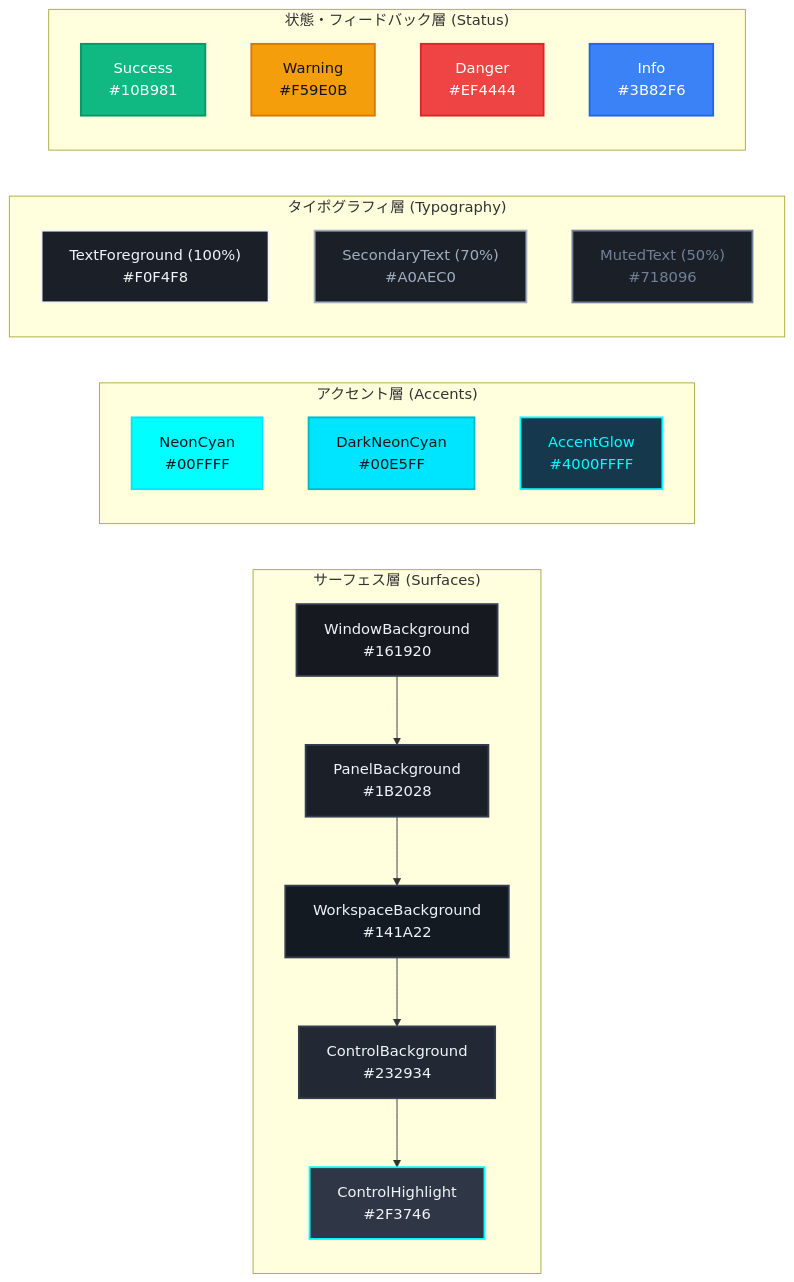
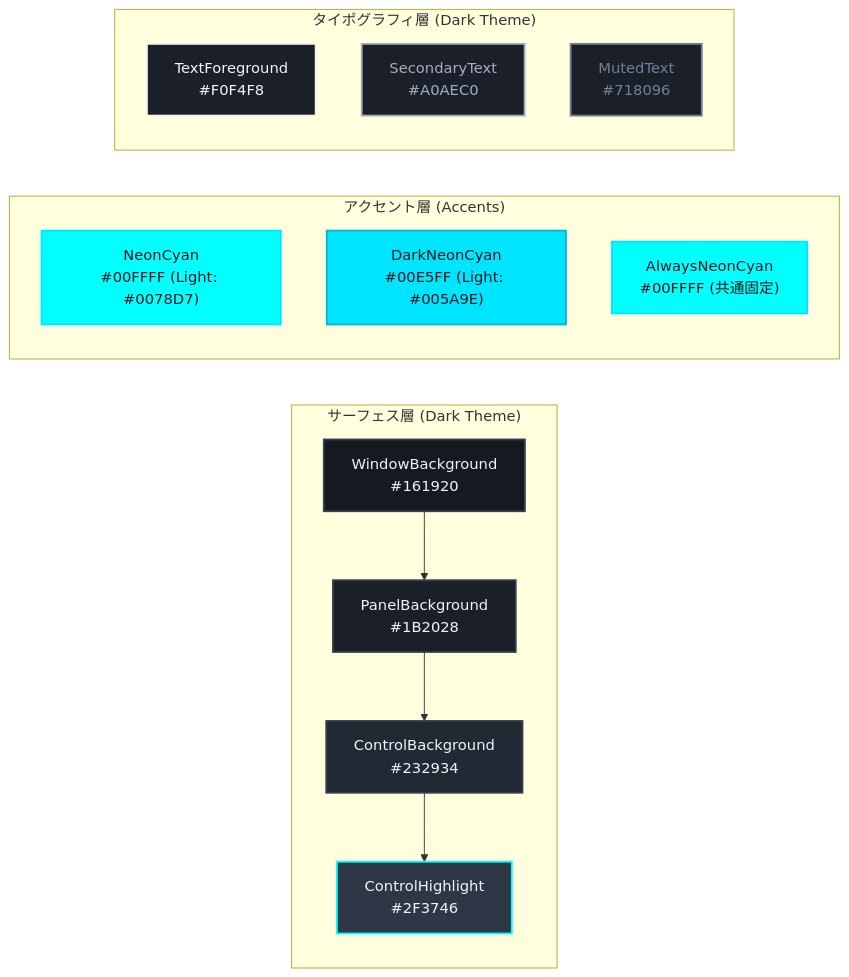
The diagram in 設計/デザインシステム/01_デザイントークン仕様書.md (taketonnbo/Audio_Effector), drawn with Mermaid before and after one commit. The commit also changed other lines of this file and 2 other files, not shown here.

````diff
--- a/設計/デザインシステム/01_デザイントークン仕様書.md
+++ b/設計/デザインシステム/01_デザイントークン仕様書.md
@@ -16,47 +17,32 @@
 ```mermaid
 flowchart LR
     classDef windowBg fill:#161920,stroke:#343E4E,stroke-width:2px,color:#F0F4F8;
     classDef panelBg fill:#1B2028,stroke:#343E4E,stroke-width:2px,color:#F0F4F8;
-    classDef workspaceBg fill:#141A22,stroke:#343E4E,stroke-width:2px,color:#F0F4F8;
     classDef controlBg fill:#232934,stroke:#343E4E,stroke-width:2px,color:#F0F4F8;
     classDef highlightBg fill:#2F3746,stroke:#00FFFF,stroke-width:2px,color:#F0F4F8;
 
-    classDef neonCyan fill:#00FFFF,stroke:#00E5FF,stroke-width:2px,color:#10141B;
-    classDef darkCyan fill:#00E5FF,stroke:#00B8CC,stroke-width:2px,color:#10141B;
-    classDef glow fill:#16384C,stroke:#00FFFF,stroke-width:2px,color:#00FFFF;
+    classDef neonCyan fill:#00FFFF,stroke:#00E5FF,stroke-width:2px,color:#161920;
+    classDef darkCyan fill:#00E5FF,stroke:#00B8CC,stroke-width:2px,color:#161920;
 
     classDef text1 fill:#1B2028,stroke:#F0F4F8,stroke-width:2px,color:#F0F4F8;
     classDef text2 fill:#1B2028,stroke:#A0AEC0,stroke-width:2px,color:#A0AEC0;
     classDef text3 fill:#1B2028,stroke:#718096,stroke-width:2px,color:#718096;
 
-    classDef colSuccess fill:#10B981,stroke:#059669,stroke-width:2px,color:#FFFFFF;
-    classDef colWarning fill:#F59E0B,stroke:#D97706,stroke-width:2px,color:#10141B;
-    classDef colDanger fill:#EF4444,stroke:#DC2626,stroke-width:2px,color:#FFFFFF;
-    classDef colInfo fill:#3B82F6,stroke:#2563EB,stroke-width:2px,color:#FFFFFF;
-
-    subgraph Surfaces ["サーフェス層 (Surfaces)"]
+    subgraph Surfaces ["サーフェス層 (Dark Theme)"]
         W["WindowBackground<br/>#161920"]:::windowBg --> P["PanelBackground<br/>#1B2028"]:::panelBg
-        P --> K["WorkspaceBackground<br/>#141A22"]:::workspaceBg
-        K --> C["ControlBackground<br/>#232934"]:::controlBg
+        P --> C["ControlBackground<br/>#232934"]:::controlBg
         C --> CH["ControlHighlight<br/>#2F3746"]:::highlightBg
     end
 
     subgraph Accents ["アクセント層 (Accents)"]
-        NC["NeonCyan<br/>#00FFFF"]:::neonCyan
-        DNC["DarkNeonCyan<br/>#00E5FF"]:::darkCyan
-        Glow["AccentGlow<br/>#4000FFFF"]:::glow
+        NC["NeonCyan<br/>#00FFFF (Light: #0078D7)"]:::neonCyan
+        DNC["DarkNeonCyan<br/>#00E5FF (Light: #005A9E)"]:::darkCyan
+        ANC["AlwaysNeonCyan<br/>#00FFFF (共通固定)"]:::neonCyan
     end
 
-    subgraph Typography ["タイポグラフィ層 (Typography)"]
-        T1["TextForeground (100%)<br/>#F0F4F8"]:::text1
-        T2["SecondaryText (70%)<br/>#A0AEC0"]:::text2
-        T3["MutedText (50%)<br/>#718096"]:::text3
-    end
-
-    subgraph Status ["状態・フィードバック層 (Status)"]
-        ST1["Success<br/>#10B981"]:::colSuccess
-        ST2["Warning<br/>#F59E0B"]:::colWarning
-        ST3["Danger<br/>#EF4444"]:::colDanger
-        ST4["Info<br/>#3B82F6"]:::colInfo
+    subgraph Typography ["タイポグラフィ層 (Dark Theme)"]
+        T1["TextForeground<br/>#F0F4F8"]:::text1
+        T2["SecondaryText<br/>#A0AEC0"]:::text2
+        T3["MutedText<br/>#718096"]:::text3
     end
 ```
````
